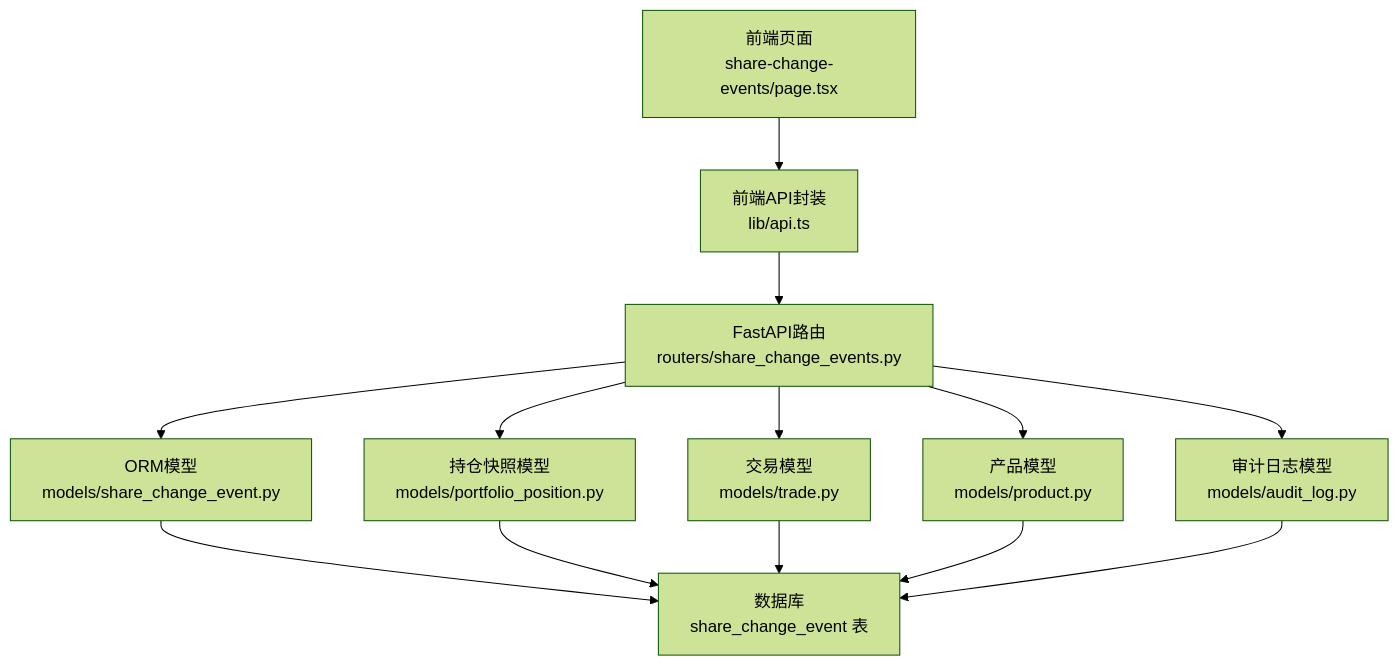
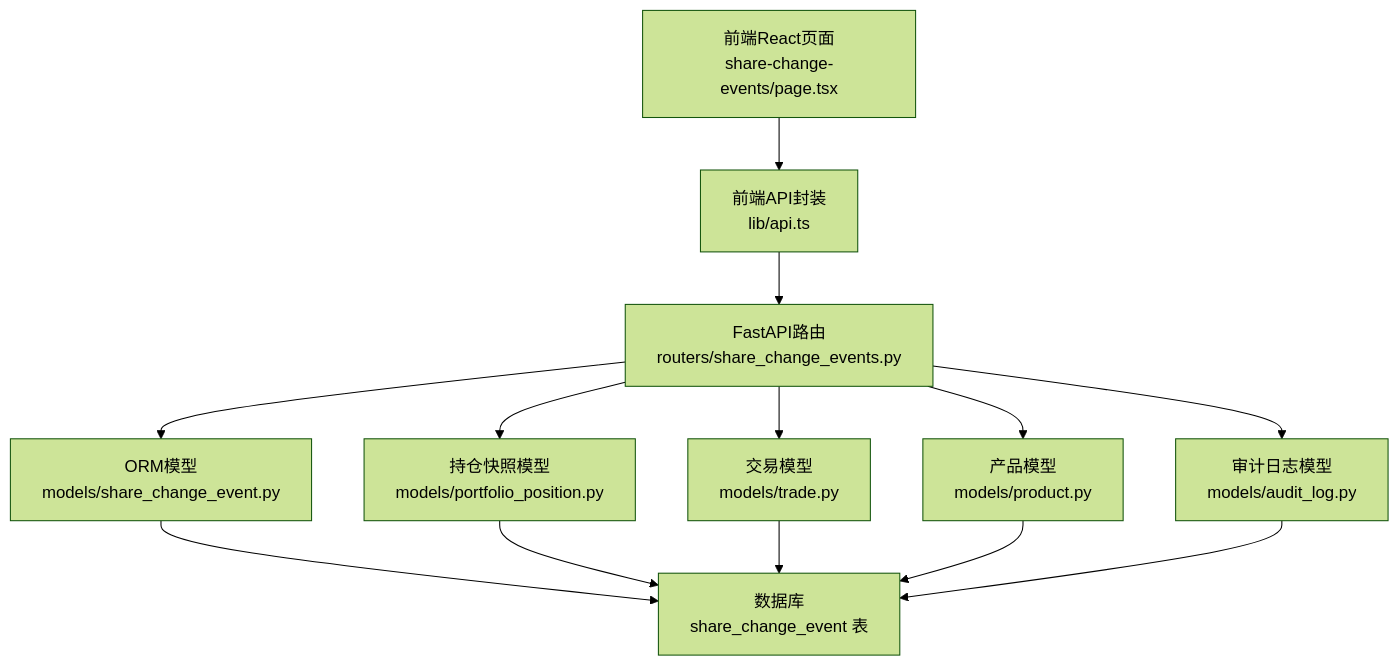
Before and after one commit to gujialind/InvestRing: the first of 3 diagrams in .qoder/repowiki/zh/content/核心业务功能/份额变动事件.md, drawn with Mermaid (forest theme). The commit also changed other lines of this file and 16 other files, not shown here.

````diff
--- a/.qoder/repowiki/zh/content/核心业务功能/份额变动事件.md
+++ b/.qoder/repowiki/zh/content/核心业务功能/份额变动事件.md
@@ -38,15 +46,15 @@
 ```mermaid
 graph TB
-FE["前端页面<br/>share-change-events/page.tsx"] --> API["前端API封装<br/>lib/api.ts"]
+FE["前端React页面<br/>share-change-events/page.tsx"] --> API["前端API封装<br/>lib/api.ts"]
 API --> Router["FastAPI路由<br/>routers/share_change_events.py"]
 Router --> Model["ORM模型<br/>models/share_change_event.py"]
 Router --> PosModel["持仓快照模型<br/>models/portfolio_position.py"]
 Router --> TradeModel["交易模型<br/>models/trade.py"]
 Router --> ProductModel["产品模型<br/>models/product.py"]
 Router --> AuditModel["审计日志模型<br/>models/audit_log.py"]
 Model --> DB["数据库<br/>share_change_event 表"]
 PosModel --> DB
 TradeModel --> DB
 ProductModel --> DB
 AuditModel --> DB
 ```
````
